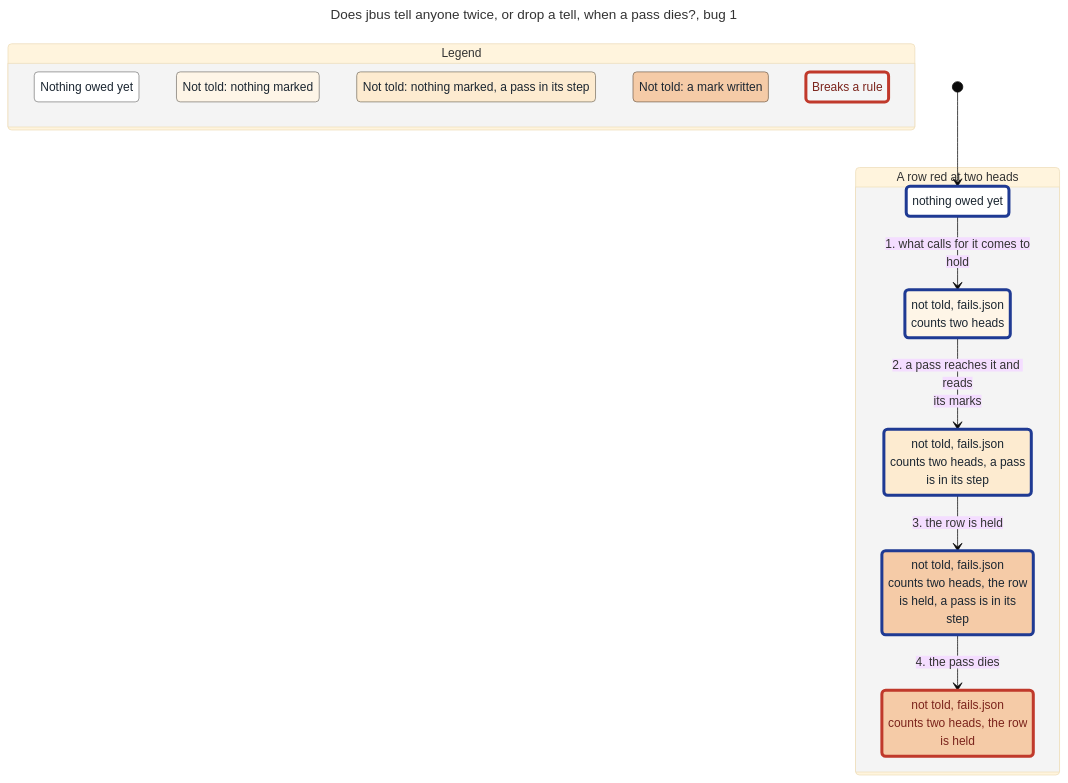
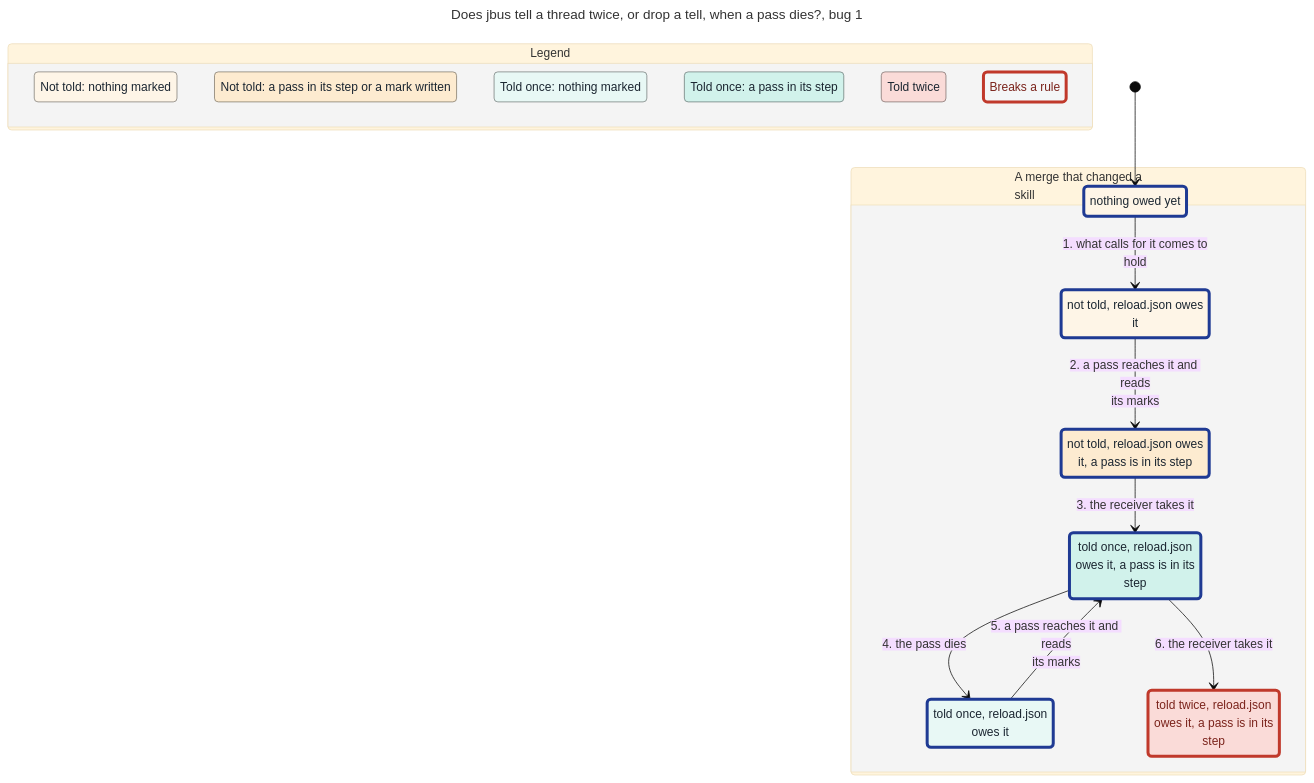
The diagram in features/jbus/spec/TellOnce-statechart/bug-1.mmd (JoshuaHayesWasHere/jstack), drawn with Mermaid (base theme) before and after one commit. The commit also changed 51 other files, not shown here.

Commit message:
fix(statechart): TellOnce's acts are three charts of at most nine groups, so each overview fits main's ten boxes

```diff
--- a/features/jbus/spec/TellOnce-statechart/bug-1.mmd
+++ b/features/jbus/spec/TellOnce-statechart/bug-1.mmd
@@ -1,47 +1,54 @@
 ---
-title: "Does jbus tell anyone twice, or drop a tell, when a pass dies?, bug 1"
+title: "Does jbus tell a thread twice, or drop a tell, when a pass dies?, bug 1"
 config:
   markdownAutoWrap: false
   state:
     useMaxWidth: false
 ---
 stateDiagram-v2
   classDef plainWrong fill:#f4f6f7,stroke:#c0392b,stroke-width:4px,color:#7b241c
-  classDef group0 fill:#ffffff,stroke:#808080,color:#1b2631
-  classDef group0Path fill:#ffffff,stroke:#1f3a93,stroke-width:4px,color:#1b2631
-  classDef group1 fill:#fef5e7,stroke:#7f7b74,color:#1b2631
-  classDef group1Path fill:#fef5e7,stroke:#1f3a93,stroke-width:4px,color:#1b2631
-  classDef group2 fill:#fdebd0,stroke:#7f7668,color:#1b2631
-  classDef group2Path fill:#fdebd0,stroke:#1f3a93,stroke-width:4px,color:#1b2631
-  classDef group4 fill:#f5cba7,stroke:#7b6654,color:#1b2631
-  classDef group4Wrong fill:#f5cba7,stroke:#c0392b,stroke-width:4px,color:#7b241c
-  classDef group4Path fill:#f5cba7,stroke:#1f3a93,stroke-width:4px,color:#1b2631
+  classDef group0 fill:#fef5e7,stroke:#7f7b74,color:#1b2631
+  classDef group0Path fill:#fef5e7,stroke:#1f3a93,stroke-width:4px,color:#1b2631
+  classDef group1 fill:#fdebd0,stroke:#7f7668,color:#1b2631
+  classDef group1Path fill:#fdebd0,stroke:#1f3a93,stroke-width:4px,color:#1b2631
+  classDef group3 fill:#e8f8f5,stroke:#747c7b,color:#1b2631
+  classDef group3Path fill:#e8f8f5,stroke:#1f3a93,stroke-width:4px,color:#1b2631
+  classDef group4 fill:#d1f2eb,stroke:#697976,color:#1b2631
+  classDef group4Path fill:#d1f2eb,stroke:#1f3a93,stroke-width:4px,color:#1b2631
+  classDef group8 fill:#fadbd8,stroke:#7d6e6c,color:#1b2631
+  classDef group8Wrong fill:#fadbd8,stroke:#c0392b,stroke-width:4px,color:#7b241c
   state "Legend" as legend {
-    state "Nothing owed yet" as legendGroup0
-    state "Not told: nothing marked" as legendGroup1
-    state "Not told: nothing marked, a pass in its step" as legendGroup2
-    state "Not told: a mark written" as legendGroup4
+    state "Not told: nothing marked" as legendGroup0
+    state "Not told: a pass in its step or a mark written" as legendGroup1
+    state "Told once: nothing marked" as legendGroup3
+    state "Told once: a pass in its step" as legendGroup4
+    state "Told twice" as legendGroup8
     state "Breaks a rule" as legendWrong
   }
   class legendGroup0 group0
   class legendGroup1 group1
-  class legendGroup2 group2
+  class legendGroup3 group3
   class legendGroup4 group4
+  class legendGroup8 group8
   class legendWrong plainWrong
-  state "A row red at two heads" as g0 {
-    state "not told, fails.json<br/>counts two heads" as s0
-    state "not told, fails.json<br/>counts two heads, a pass<br/>is in its step" as s1
-    state "not told, fails.json<br/>counts two heads, the row<br/>is held" as s2
-    state "not told, fails.json<br/>counts two heads, the row<br/>is held, a pass is in its<br/>step" as s3
-    state "nothing owed yet" as s4
+  state "A merge that changed a<br/>skill" as g0 {
+    state "not told, reload.json owes<br/>it" as s0
+    state "not told, reload.json owes<br/>it, a pass is in its step" as s1
+    state "nothing owed yet" as s2
+    state "told once, reload.json<br/>owes it" as s3
+    state "told once, reload.json<br/>owes it, a pass is in its<br/>step" as s4
+    state "told twice, reload.json<br/>owes it, a pass is in its<br/>step" as s5
   }
-  [*] --> s4
-  s4 --> s0 : 1. what calls for it comes to<br/>hold
+  [*] --> s2
+  s2 --> s0 : 1. what calls for it comes to<br/>hold
   s0 --> s1 : 2. a pass reaches it and reads<br/>its marks
-  s1 --> s3 : 3. the row is held
-  s3 --> s2 : 4. the pass dies
-  class s0 group1Path
-  class s1 group2Path
-  class s2 group4Wrong
-  class s3 group4Path
-  class s4 group0Path
+  s1 --> s4 : 3. the receiver takes it
+  s4 --> s3 : 4. the pass dies
+  s3 --> s4 : 5. a pass reaches it and reads<br/>its marks
+  s4 --> s5 : 6. the receiver takes it
+  class s0 group0Path
+  class s1 group1Path
+  class s2 group0Path
+  class s3 group3Path
+  class s4 group4Path
+  class s5 group8Wrong
```
